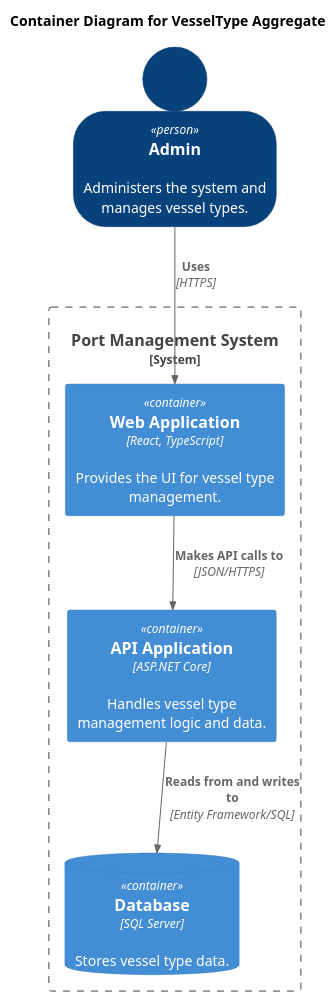
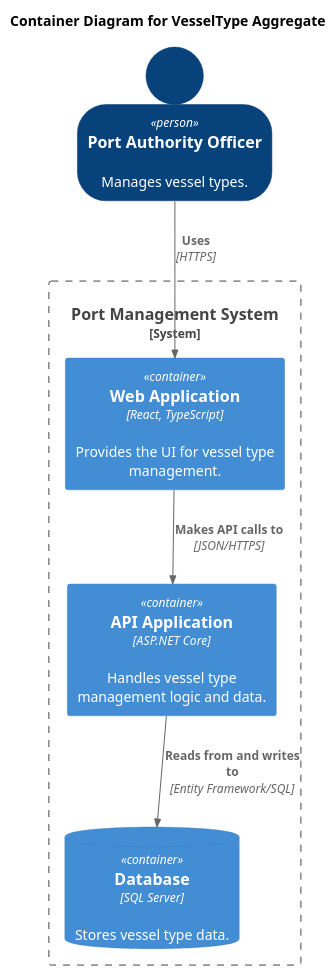
The diagram in docs/C4Diagrams/Aggregates/VesselType/2_Container.puml (igor-coutinho22/Port_Management_System), drawn with PlantUML before and after one commit. The commit also changed 10 other files, not shown here.

Commit message:
fixes in C4 diagrams names

```diff
--- a/docs/C4Diagrams/Aggregates/VesselType/2_Container.puml
+++ b/docs/C4Diagrams/Aggregates/VesselType/2_Container.puml
@@ -1,20 +1,20 @@
 @startuml
 !include https://raw.githubusercontent.com/plantuml-stdlib/C4-PlantUML/master/C4_Container.puml
 
 SHOW_PERSON_OUTLINE()
 
 title Container Diagram for VesselType Aggregate
 
-Person(admin, "Admin", "Administers the system and manages vessel types.")
+Person(officer, "Port Authority Officer", "Manages vessel types.")
 
 System_Boundary(c1, "Port Management System") {
     Container(webApp, "Web Application", "React, TypeScript", "Provides the UI for vessel type management.")
     Container(api, "API Application", "ASP.NET Core", "Handles vessel type management logic and data.")
     ContainerDb(database, "Database", "SQL Server", "Stores vessel type data.")
 }
 
-Rel(admin, webApp, "Uses", "HTTPS")
+Rel(officer, webApp, "Uses", "HTTPS")
 Rel(webApp, api, "Makes API calls to", "JSON/HTTPS")
 Rel(api, database, "Reads from and writes to", "Entity Framework/SQL")
 
 @enduml
```
